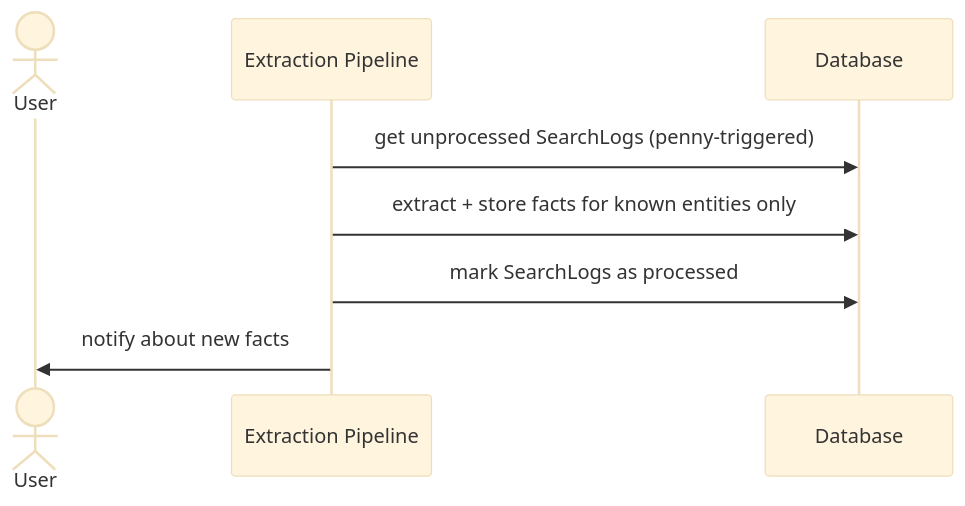
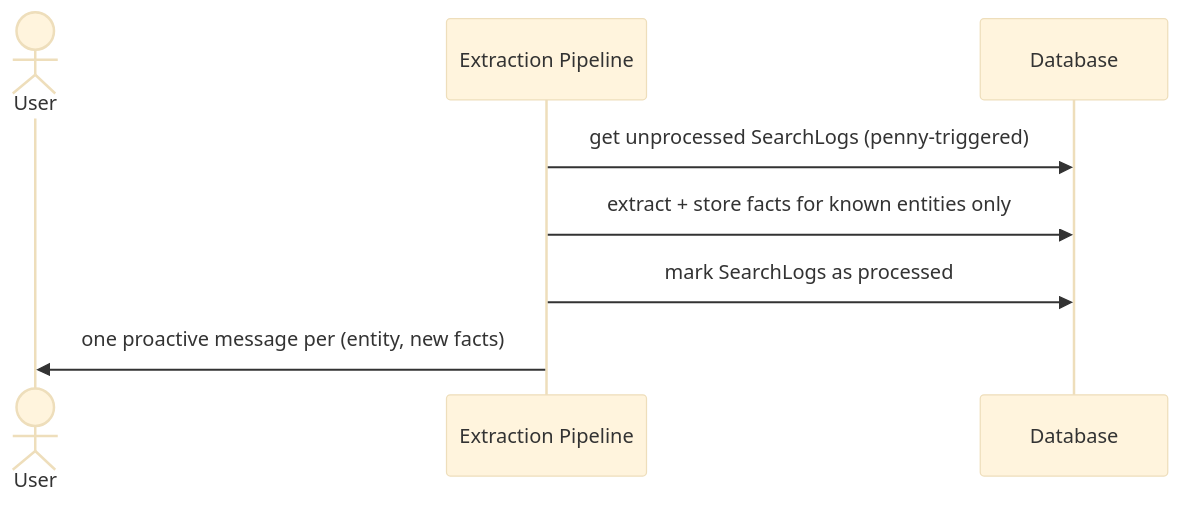
The fifth of 11 diagrams in docs/knowledge-system-flows.md (jaredlockhart/penny), drawn with Mermaid (base theme) before and after one commit. The commit also changed other lines of this file and 1 other file, not shown here.

Commit message:
docs: per-entity notifications instead of batched
One proactive message per (entity, new facts) pair from extraction.

````diff
--- a/docs/knowledge-system-flows.md
+++ b/docs/knowledge-system-flows.md
@@ -70,11 +70,11 @@
 ```mermaid
 sequenceDiagram
     actor User
     participant Extract as Extraction Pipeline
     participant DB as Database
 
     Extract->>DB: get unprocessed SearchLogs (penny-triggered)
     Extract->>DB: extract + store facts for known entities only
     Extract->>DB: mark SearchLogs as processed
-    Extract->>User: notify about new facts
+    Extract->>User: one proactive message per (entity, new facts)
 ```
````
